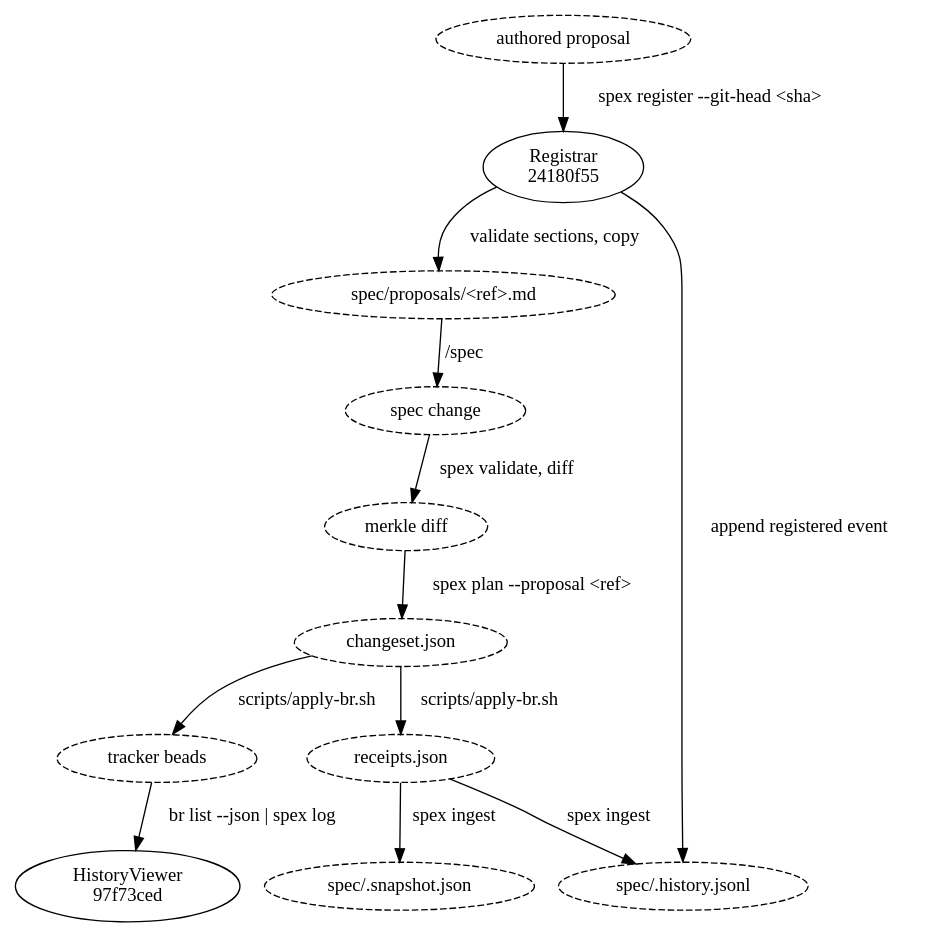
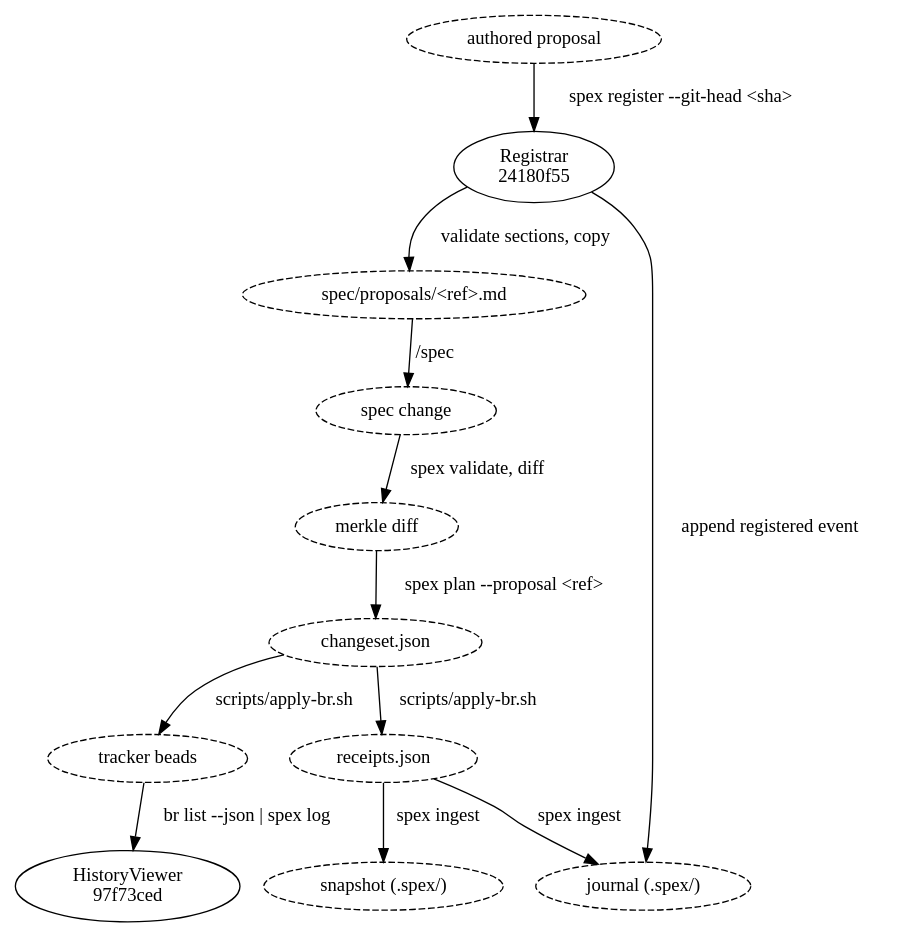
Before and after one commit to dmitriyb/spexmachina: the diagram in spec/proposal/flow_proposal_lifecycle.md, drawn with Graphviz. The commit also changed other lines of this file and 54 other files, not shown here.

First line of the commit message:
spec: apply project-lifecycle — .spex/ state dir, init/doctor, absence is an error

````diff
--- a/spec/proposal/flow_proposal_lifecycle.md
+++ b/spec/proposal/flow_proposal_lifecycle.md
@@ -5,27 +5,27 @@
 ```dot
 digraph proposal_lifecycle {
     "authored proposal"       [style=dashed];
     "24180f55c0b4"            [label="Registrar\n24180f55"];
     "spec/proposals/<ref>.md" [style=dashed];
     "spec change"             [style=dashed];
     "merkle diff"             [style=dashed];
     "changeset.json"          [style=dashed];
     "receipts.json"           [style=dashed];
     "tracker beads"           [style=dashed];
-    "spec/.history.jsonl"     [style=dashed];
-    "spec/.snapshot.json"     [style=dashed];
+    "journal (.spex/)"        [style=dashed];
+    "snapshot (.spex/)"       [style=dashed];
     "97f73ced5a02"            [label="HistoryViewer\n97f73ced"];
 
     "authored proposal"       -> "24180f55c0b4"            [label="spex register --git-head <sha>"];
-    "24180f55c0b4"            -> "spec/.history.jsonl"     [label="append registered event"];
+    "24180f55c0b4"            -> "journal (.spex/)"        [label="append registered event"];
     "24180f55c0b4"            -> "spec/proposals/<ref>.md" [label="validate sections, copy"];
     "spec/proposals/<ref>.md" -> "spec change"             [label="/spec"];
     "spec change"             -> "merkle diff"             [label="spex validate, diff"];
     "merkle diff"             -> "changeset.json"          [label="spex plan --proposal <ref>"];
     "changeset.json"          -> "tracker beads"           [label="scripts/apply-br.sh"];
     "changeset.json"          -> "receipts.json"           [label="scripts/apply-br.sh"];
-    "receipts.json"           -> "spec/.history.jsonl"     [label="spex ingest"];
-    "receipts.json"           -> "spec/.snapshot.json"     [label="spex ingest"];
+    "receipts.json"           -> "journal (.spex/)"        [label="spex ingest"];
+    "receipts.json"           -> "snapshot (.spex/)"       [label="spex ingest"];
     "tracker beads"           -> "97f73ced5a02"            [label="br list --json | spex log"];
 }
 ```
````
